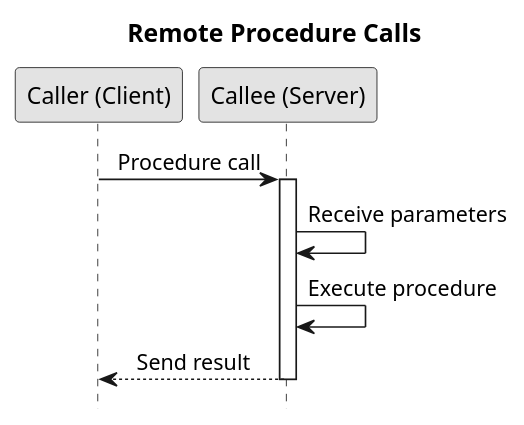
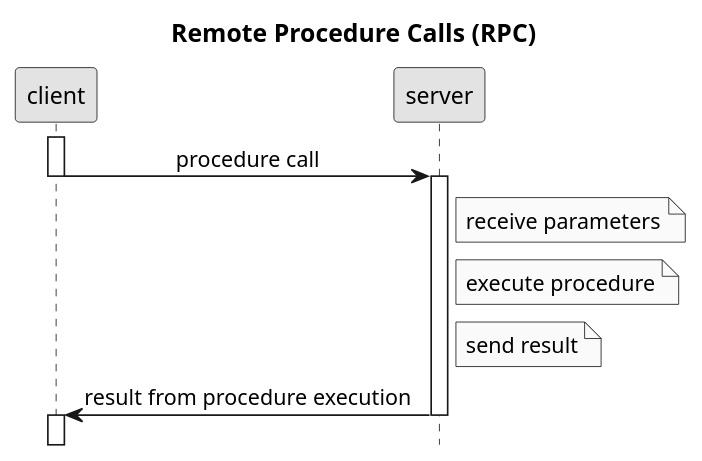
Before and after one commit to c0p4c4b4n4/grpc-grpc-java: the diagram in grpc-java-examples/images/RPC.puml, drawn with PlantUML.

```diff
--- a/grpc-java-examples/images/RPC.puml
+++ b/grpc-java-examples/images/RPC.puml
@@ -1,22 +1,31 @@
 @startuml
+!pragma teoz true
 scale 1.1
-title Remote Procedure Calls
+title Remote Procedure Calls (RPC)
 hide footbox
 skinparam monochrome true
 skinparam defaultFontName Source Sans Pro
 skinparam titleFontSize 15
 skinparam sequenceMessageAlign center
 
-participant "Caller (Client)" as Client
-participant "Callee (Server)" as Server
+participant "client" as Client
+participant "server" as Server
 
-Client -> Server : Procedure call
+activate Client
+'note left of Client: invoke procedure
+Client -> Server : procedure call
+deactivate Client
 activate Server
 
-Server -> Server : Receive parameters
-Server -> Server : Execute procedure
+note right of Server: receive parameters
+note right of Server: execute procedure
+note right of Server: send result
 
-Server --> Client : Send result
+Server -> Client : result from procedure execution
+activate Client
 deactivate Server
 
+'||1||
+'client -[#white]->]
+
 @enduml
```
